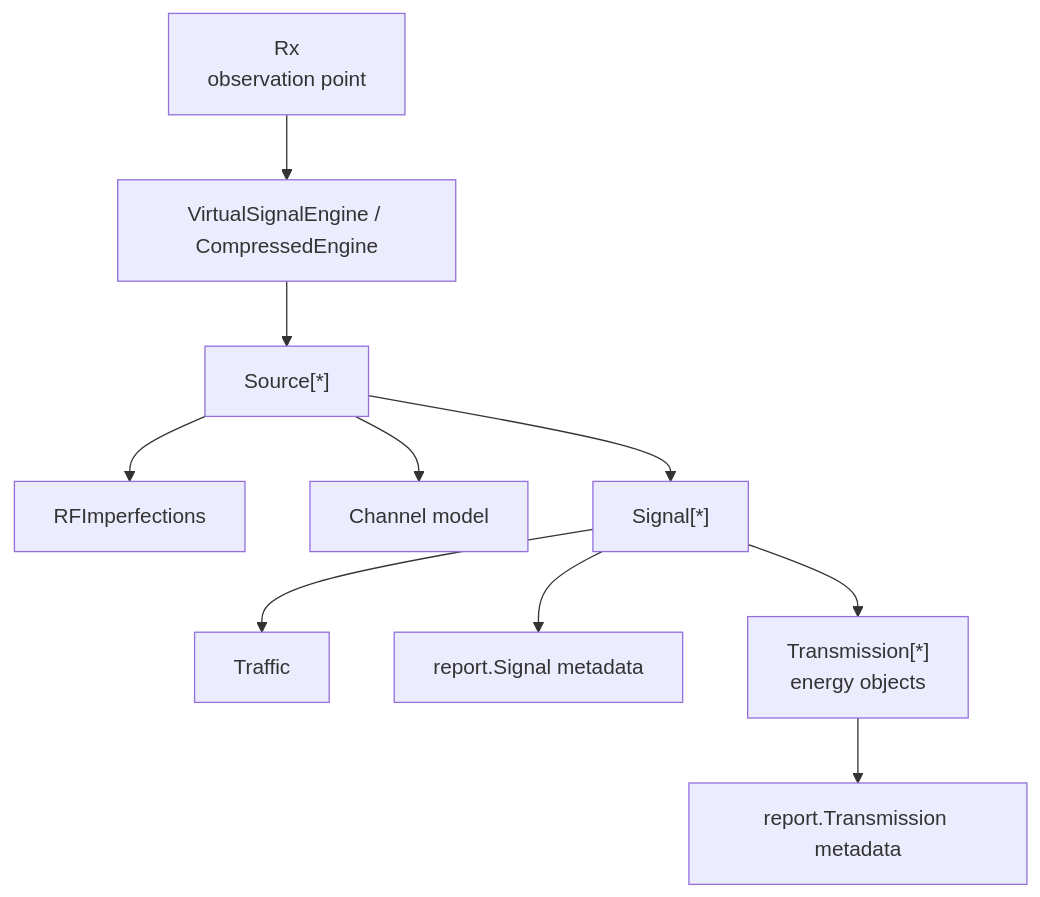
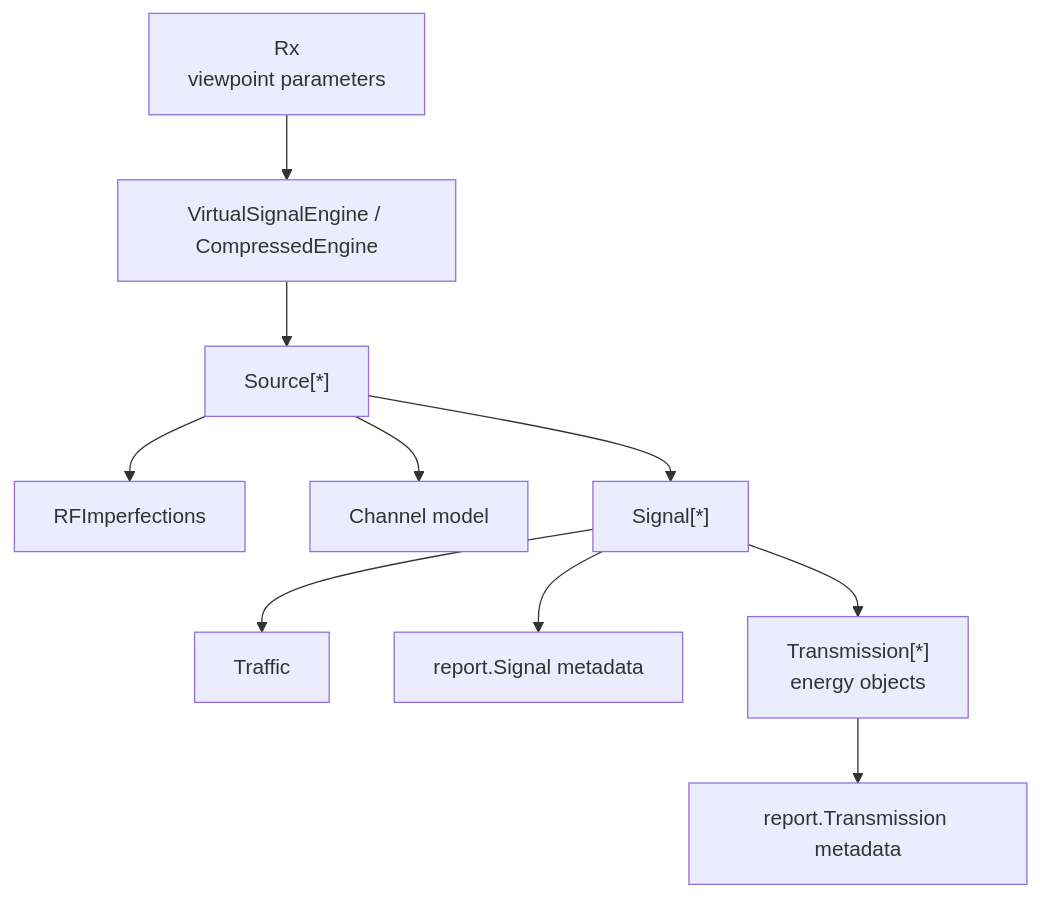
The third of 5 diagrams in README.md (ucsdwcsng/rfsynth), drawn with Mermaid before and after one commit. The commit also changed other lines of this file, not shown here.

Commit message:
Clarify signal model and add config examples

````diff
--- a/README.md
+++ b/README.md
@@ -159,12 +317,12 @@
 ```mermaid
 flowchart TD
-    RX["Rx<br/>observation point"] --> ENG["VirtualSignalEngine / CompressedEngine"]
+    RX["Rx<br/>viewpoint parameters"] --> ENG["VirtualSignalEngine / CompressedEngine"]
     ENG --> SRC["Source[*]"]
     SRC --> IMP["RFImperfections"]
     SRC --> CH["Channel model"]
     SRC --> SIG["Signal[*]"]
     SIG --> TRAF["Traffic"]
     SIG --> META["report.Signal metadata"]
     SIG --> EN["Transmission[*]<br/>energy objects"]
     EN --> ENMETA["report.Transmission metadata"]
 ```
````
